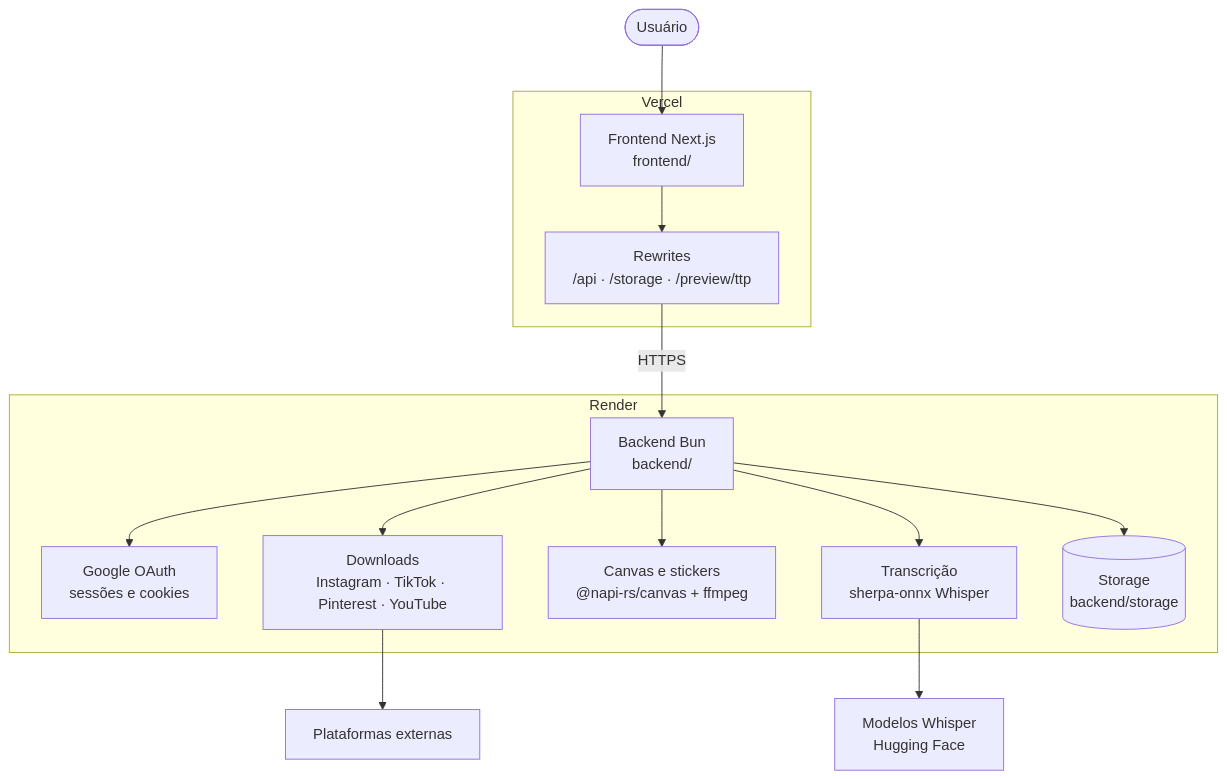
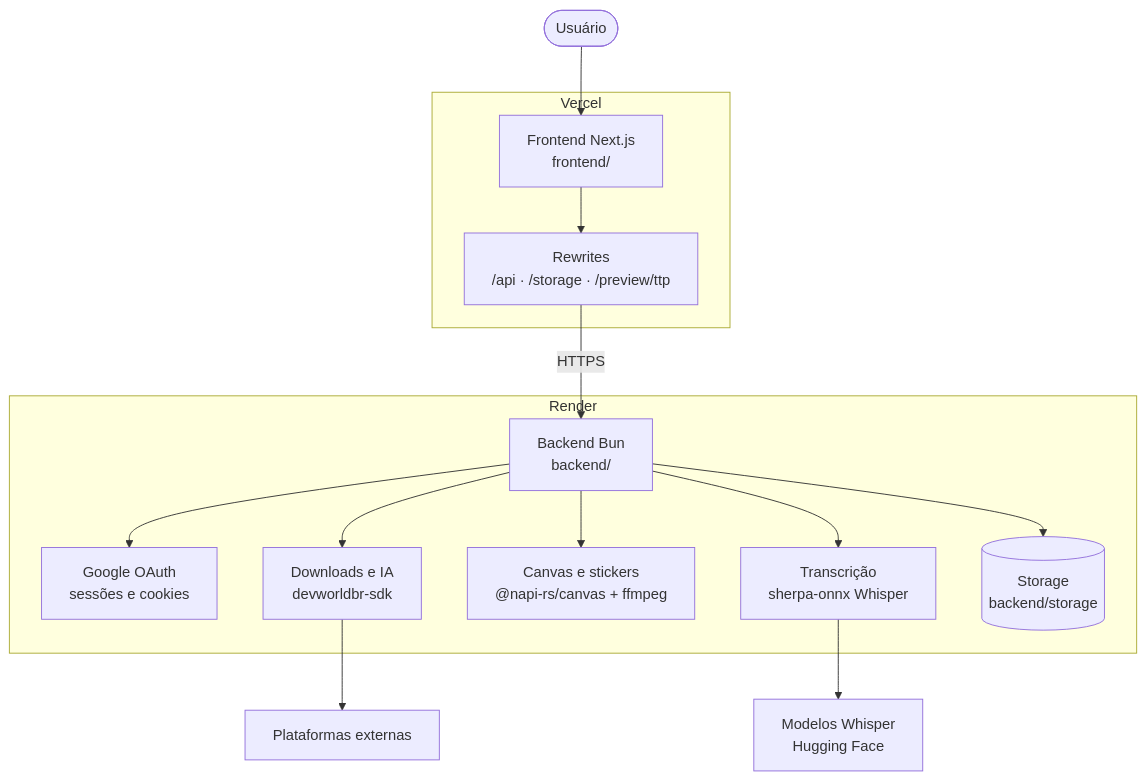
One commit to TheKingDevs/orbit-api changed the diagram in README.md. Above: the diagram before and after it, drawn with Mermaid. The commit also changed other lines of this file and 72 other files, not shown here.

````diff
--- a/README.md
+++ b/README.md
@@ -36,28 +38,28 @@
 ```mermaid
 flowchart TB
     USER([Usuário]) --> FE
 
     subgraph VERCEL["Vercel"]
         FE["Frontend Next.js<br/>frontend/"]
         RW["Rewrites<br/>/api · /storage · /preview/ttp"]
         FE --> RW
     end
 
     subgraph RENDER["Render"]
         BE["Backend Bun<br/>backend/"]
         AUTH["Google OAuth<br/>sessões e cookies"]
-        DL["Downloads<br/>Instagram · TikTok · Pinterest · YouTube"]
+        DL["Downloads e IA<br/>devworldbr-sdk"]
         ART["Canvas e stickers<br/>@napi-rs/canvas + ffmpeg"]
         TR["Transcrição<br/>sherpa-onnx Whisper"]
         ST[("Storage<br/>backend/storage")]
         BE --> AUTH
         BE --> DL
         BE --> ART
         BE --> TR
         BE --> ST
     end
 
     RW -->|HTTPS| BE
     DL --> EXT["Plataformas externas"]
     TR --> HF["Modelos Whisper<br/>Hugging Face"]
 ```
````
